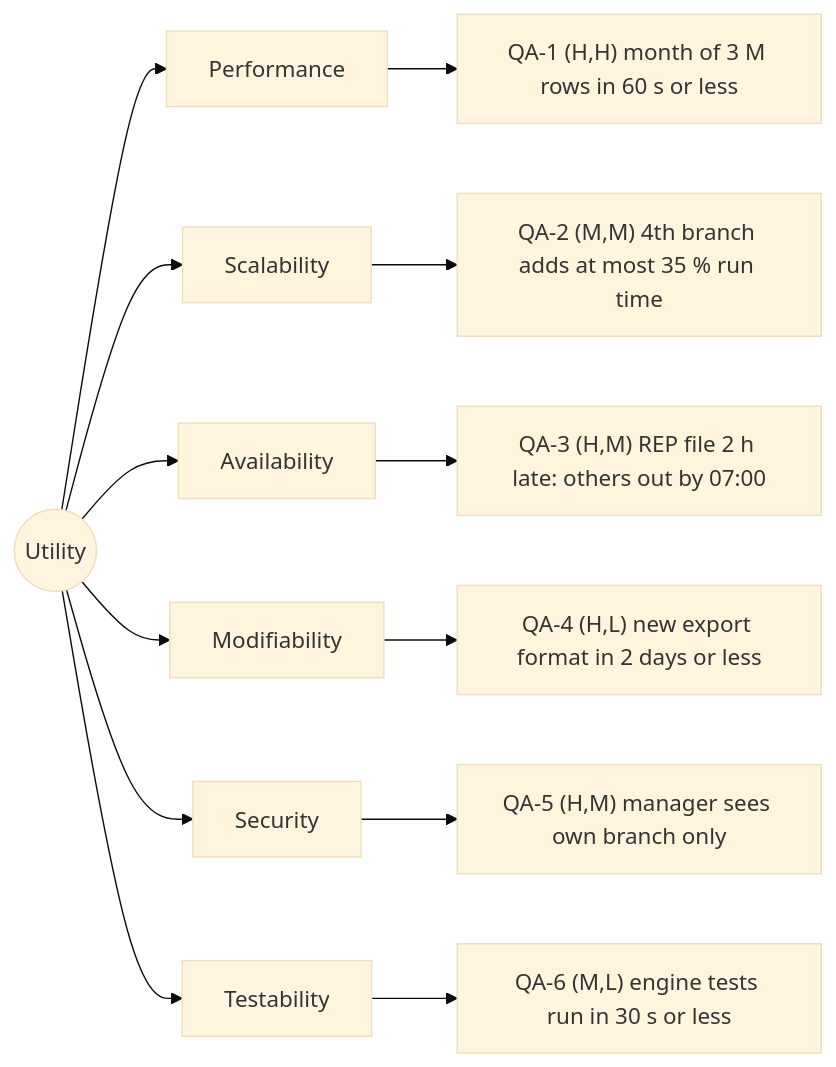
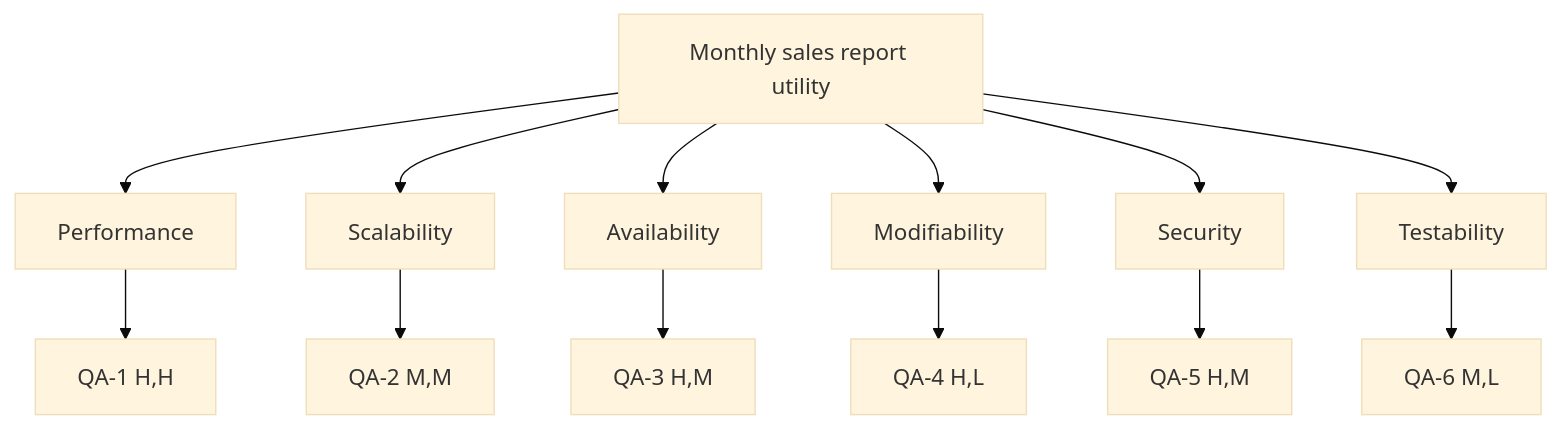
The diagram in lab01/quality-scenarios.md (wasd-qec/sales-report-Team11), drawn with Mermaid (base theme) before and after one commit. The commit also changed other lines of this file and 21 other files, not shown here.

````diff
--- a/lab01/quality-scenarios.md
+++ b/lab01/quality-scenarios.md
@@ -36,15 +39,16 @@
 ```mermaid
-flowchart LR
-  U((Utility)) --> P[Performance]
+flowchart TB
+  U[Monthly sales report utility]
+  U --> P[Performance]
   U --> S[Scalability]
   U --> A[Availability]
   U --> M[Modifiability]
-  U --> Se[Security]
+  U --> Sec[Security]
   U --> T[Testability]
-  P --> QA1["QA-1 (H,H) month of 3 M rows in 60 s or less"]
-  S --> QA2["QA-2 (M,M) 4th branch adds at most 35 % run time"]
-  A --> QA3["QA-3 (H,M) REP file 2 h late: others out by 07:00"]
-  M --> QA4["QA-4 (H,L) new export format in 2 days or less"]
-  Se --> QA5["QA-5 (H,M) manager sees own branch only"]
-  T --> QA6["QA-6 (M,L) engine tests run in 30 s or less"]
+  P --> QA1[QA-1 H,H]
+  S --> QA2[QA-2 M,M]
+  A --> QA3[QA-3 H,M]
+  M --> QA4[QA-4 H,L]
+  Sec --> QA5[QA-5 H,M]
+  T --> QA6[QA-6 M,L]
 ```
````
